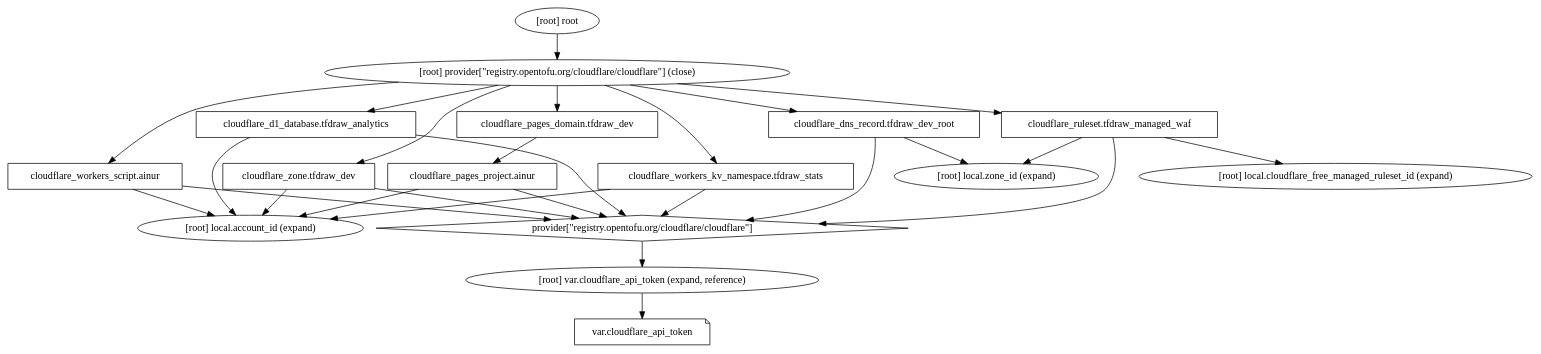
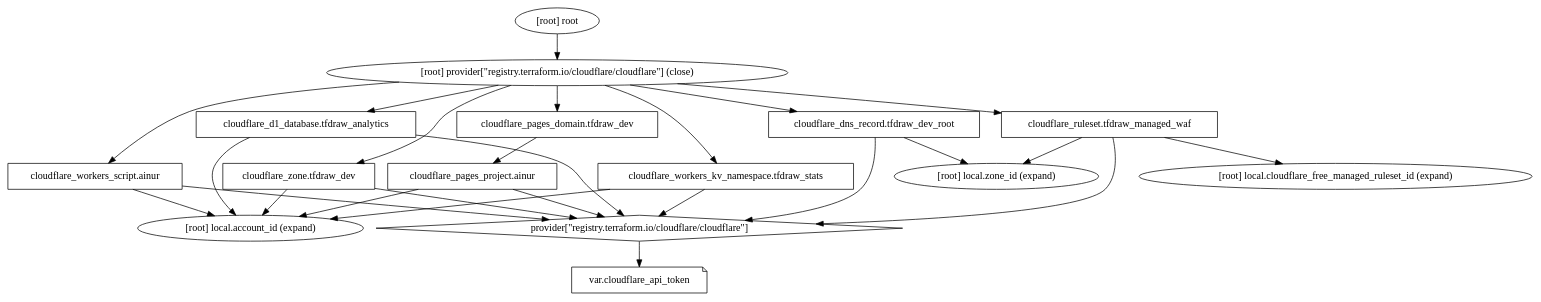
Before and after one commit to excalidraw/excalidraw: the diagram in packages/backend/terraform/cloudflare/cloudflare-plan.dot, drawn with Graphviz. The commit also changed other lines of this file and 21 other files, not shown here.

First line of the commit message:
Add multi-stack Terraform import with provider-box semantic layout.

```diff
--- a/packages/backend/terraform/cloudflare/cloudflare-plan.dot
+++ b/packages/backend/terraform/cloudflare/cloudflare-plan.dot
@@ -1,42 +1,41 @@
 digraph {
 	compound = "true"
 	newrank = "true"
 	subgraph "root" {
 		"[root] cloudflare_d1_database.tfdraw_analytics (expand)" [label = "cloudflare_d1_database.tfdraw_analytics", shape = "box"]
 		"[root] cloudflare_dns_record.tfdraw_dev_root (expand)" [label = "cloudflare_dns_record.tfdraw_dev_root", shape = "box"]
 		"[root] cloudflare_pages_domain.tfdraw_dev (expand)" [label = "cloudflare_pages_domain.tfdraw_dev", shape = "box"]
 		"[root] cloudflare_pages_project.ainur (expand)" [label = "cloudflare_pages_project.ainur", shape = "box"]
 		"[root] cloudflare_ruleset.tfdraw_managed_waf (expand)" [label = "cloudflare_ruleset.tfdraw_managed_waf", shape = "box"]
 		"[root] cloudflare_workers_kv_namespace.tfdraw_stats (expand)" [label = "cloudflare_workers_kv_namespace.tfdraw_stats", shape = "box"]
 		"[root] cloudflare_workers_script.ainur (expand)" [label = "cloudflare_workers_script.ainur", shape = "box"]
 		"[root] cloudflare_zone.tfdraw_dev (expand)" [label = "cloudflare_zone.tfdraw_dev", shape = "box"]
-		"[root] provider[\"registry.opentofu.org/cloudflare/cloudflare\"]" [label = "provider[\"registry.opentofu.org/cloudflare/cloudflare\"]", shape = "diamond"]
+		"[root] provider[\"registry.terraform.io/cloudflare/cloudflare\"]" [label = "provider[\"registry.terraform.io/cloudflare/cloudflare\"]", shape = "diamond"]
 		"[root] var.cloudflare_api_token" [label = "var.cloudflare_api_token", shape = "note"]
 		"[root] cloudflare_d1_database.tfdraw_analytics (expand)" -> "[root] local.account_id (expand)"
-		"[root] cloudflare_d1_database.tfdraw_analytics (expand)" -> "[root] provider[\"registry.opentofu.org/cloudflare/cloudflare\"]"
+		"[root] cloudflare_d1_database.tfdraw_analytics (expand)" -> "[root] provider[\"registry.terraform.io/cloudflare/cloudflare\"]"
 		"[root] cloudflare_dns_record.tfdraw_dev_root (expand)" -> "[root] local.zone_id (expand)"
-		"[root] cloudflare_dns_record.tfdraw_dev_root (expand)" -> "[root] provider[\"registry.opentofu.org/cloudflare/cloudflare\"]"
+		"[root] cloudflare_dns_record.tfdraw_dev_root (expand)" -> "[root] provider[\"registry.terraform.io/cloudflare/cloudflare\"]"
 		"[root] cloudflare_pages_domain.tfdraw_dev (expand)" -> "[root] cloudflare_pages_project.ainur (expand)"
 		"[root] cloudflare_pages_project.ainur (expand)" -> "[root] local.account_id (expand)"
-		"[root] cloudflare_pages_project.ainur (expand)" -> "[root] provider[\"registry.opentofu.org/cloudflare/cloudflare\"]"
+		"[root] cloudflare_pages_project.ainur (expand)" -> "[root] provider[\"registry.terraform.io/cloudflare/cloudflare\"]"
 		"[root] cloudflare_ruleset.tfdraw_managed_waf (expand)" -> "[root] local.cloudflare_free_managed_ruleset_id (expand)"
 		"[root] cloudflare_ruleset.tfdraw_managed_waf (expand)" -> "[root] local.zone_id (expand)"
-		"[root] cloudflare_ruleset.tfdraw_managed_waf (expand)" -> "[root] provider[\"registry.opentofu.org/cloudflare/cloudflare\"]"
+		"[root] cloudflare_ruleset.tfdraw_managed_waf (expand)" -> "[root] provider[\"registry.terraform.io/cloudflare/cloudflare\"]"
 		"[root] cloudflare_workers_kv_namespace.tfdraw_stats (expand)" -> "[root] local.account_id (expand)"
-		"[root] cloudflare_workers_kv_namespace.tfdraw_stats (expand)" -> "[root] provider[\"registry.opentofu.org/cloudflare/cloudflare\"]"
+		"[root] cloudflare_workers_kv_namespace.tfdraw_stats (expand)" -> "[root] provider[\"registry.terraform.io/cloudflare/cloudflare\"]"
 		"[root] cloudflare_workers_script.ainur (expand)" -> "[root] local.account_id (expand)"
-		"[root] cloudflare_workers_script.ainur (expand)" -> "[root] provider[\"registry.opentofu.org/cloudflare/cloudflare\"]"
+		"[root] cloudflare_workers_script.ainur (expand)" -> "[root] provider[\"registry.terraform.io/cloudflare/cloudflare\"]"
 		"[root] cloudflare_zone.tfdraw_dev (expand)" -> "[root] local.account_id (expand)"
-		"[root] cloudflare_zone.tfdraw_dev (expand)" -> "[root] provider[\"registry.opentofu.org/cloudflare/cloudflare\"]"
-		"[root] provider[\"registry.opentofu.org/cloudflare/cloudflare\"] (close)" -> "[root] cloudflare_d1_database.tfdraw_analytics (expand)"
-		"[root] provider[\"registry.opentofu.org/cloudflare/cloudflare\"] (close)" -> "[root] cloudflare_dns_record.tfdraw_dev_root (expand)"
-		"[root] provider[\"registry.opentofu.org/cloudflare/cloudflare\"] (close)" -> "[root] cloudflare_pages_domain.tfdraw_dev (expand)"
-		"[root] provider[\"registry.opentofu.org/cloudflare/cloudflare\"] (close)" -> "[root] cloudflare_ruleset.tfdraw_managed_waf (expand)"
-		"[root] provider[\"registry.opentofu.org/cloudflare/cloudflare\"] (close)" -> "[root] cloudflare_workers_kv_namespace.tfdraw_stats (expand)"
-		"[root] provider[\"registry.opentofu.org/cloudflare/cloudflare\"] (close)" -> "[root] cloudflare_workers_script.ainur (expand)"
-		"[root] provider[\"registry.opentofu.org/cloudflare/cloudflare\"] (close)" -> "[root] cloudflare_zone.tfdraw_dev (expand)"
-		"[root] provider[\"registry.opentofu.org/cloudflare/cloudflare\"]" -> "[root] var.cloudflare_api_token (expand, reference)"
-		"[root] root" -> "[root] provider[\"registry.opentofu.org/cloudflare/cloudflare\"] (close)"
-		"[root] var.cloudflare_api_token (expand, reference)" -> "[root] var.cloudflare_api_token"
+		"[root] cloudflare_zone.tfdraw_dev (expand)" -> "[root] provider[\"registry.terraform.io/cloudflare/cloudflare\"]"
+		"[root] provider[\"registry.terraform.io/cloudflare/cloudflare\"] (close)" -> "[root] cloudflare_d1_database.tfdraw_analytics (expand)"
+		"[root] provider[\"registry.terraform.io/cloudflare/cloudflare\"] (close)" -> "[root] cloudflare_dns_record.tfdraw_dev_root (expand)"
+		"[root] provider[\"registry.terraform.io/cloudflare/cloudflare\"] (close)" -> "[root] cloudflare_pages_domain.tfdraw_dev (expand)"
+		"[root] provider[\"registry.terraform.io/cloudflare/cloudflare\"] (close)" -> "[root] cloudflare_ruleset.tfdraw_managed_waf (expand)"
+		"[root] provider[\"registry.terraform.io/cloudflare/cloudflare\"] (close)" -> "[root] cloudflare_workers_kv_namespace.tfdraw_stats (expand)"
+		"[root] provider[\"registry.terraform.io/cloudflare/cloudflare\"] (close)" -> "[root] cloudflare_workers_script.ainur (expand)"
+		"[root] provider[\"registry.terraform.io/cloudflare/cloudflare\"] (close)" -> "[root] cloudflare_zone.tfdraw_dev (expand)"
+		"[root] provider[\"registry.terraform.io/cloudflare/cloudflare\"]" -> "[root] var.cloudflare_api_token"
+		"[root] root" -> "[root] provider[\"registry.terraform.io/cloudflare/cloudflare\"] (close)"
 	}
 }
```
